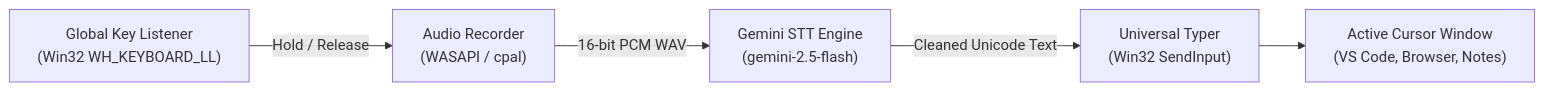
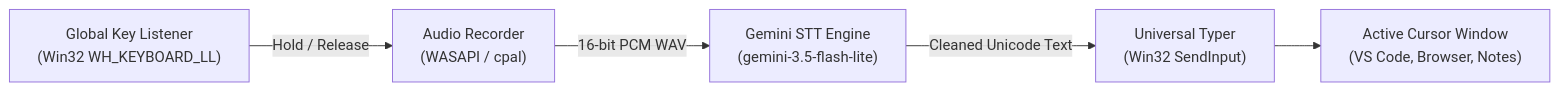
One commit to smithcooks/Venessa changed the diagram in README.md. Above: the diagram before and after it, drawn with Mermaid. The commit also changed other lines of this file and 7 other files, not shown here.

````diff
--- a/README.md
+++ b/README.md
@@ -61,7 +67,7 @@
 ```mermaid
 flowchart LR
     A["Global Key Listener<br/>(Win32 WH_KEYBOARD_LL)"] -->|"Hold / Release"| B["Audio Recorder<br/>(WASAPI / cpal)"]
-    B -->|"16-bit PCM WAV"| C["Gemini STT Engine<br/>(gemini-2.5-flash)"]
+    B -->|"16-bit PCM WAV"| C["Gemini STT Engine<br/>(gemini-3.5-flash-lite)"]
     C -->|"Cleaned Unicode Text"| D["Universal Typer<br/>(Win32 SendInput)"]
     D --> E["Active Cursor Window<br/>(VS Code, Browser, Notes)"]
 ```
````
